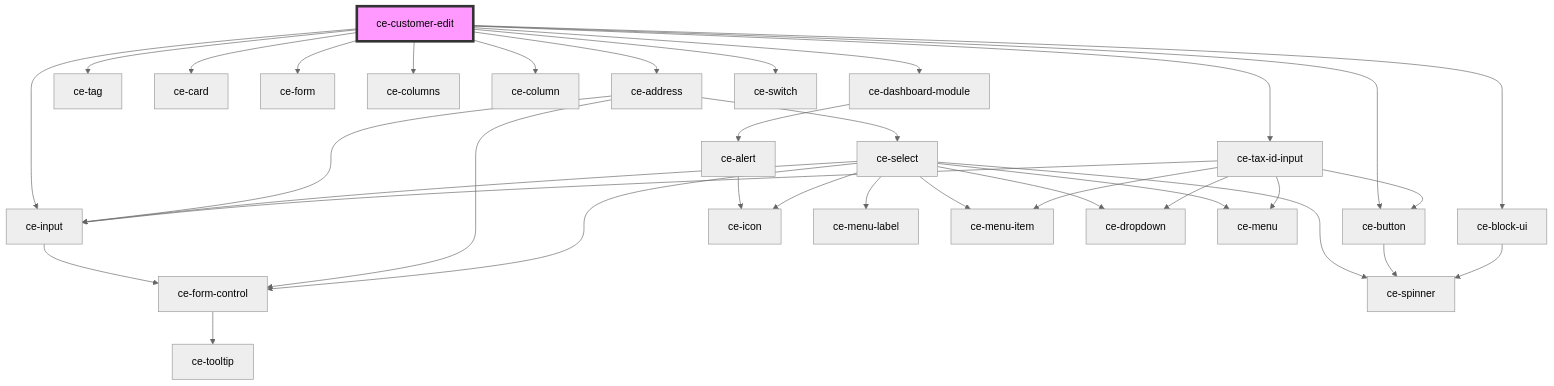
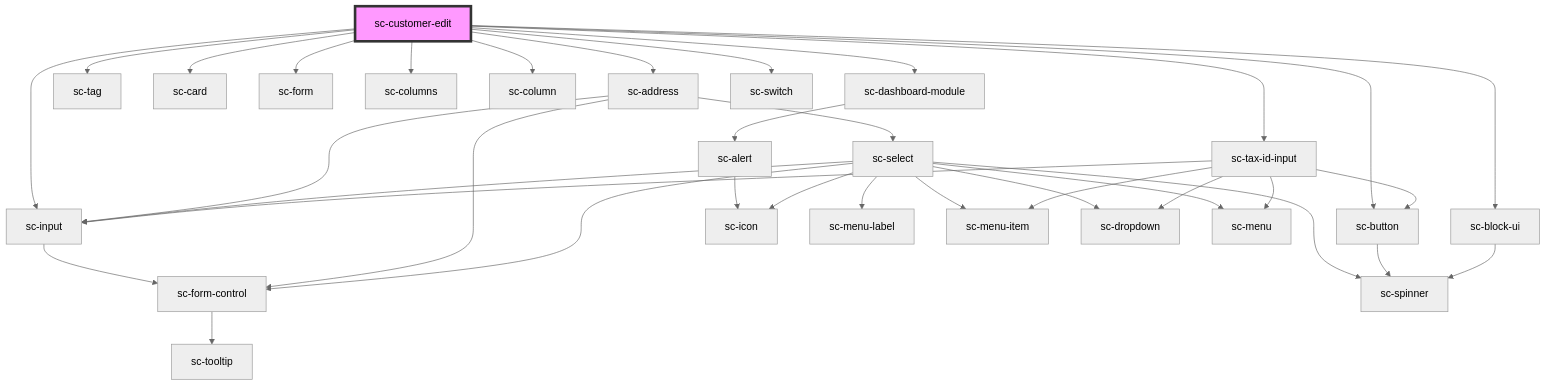
Before and after one commit to surecart/surecart-wp-plugin: the diagram in packages/components/src/components/controllers/dashboard/customer-edit/readme.md, drawn with Mermaid (neutral theme). The commit also changed other lines of this file and 1281 other files, not shown here.

````diff
--- a/packages/components/src/components/controllers/dashboard/customer-edit/readme.md
+++ b/packages/components/src/components/controllers/dashboard/customer-edit/readme.md
@@ -35,38 +35,38 @@
 ```mermaid
 graph TD;
-  ce-customer-edit --> ce-dashboard-module
-  ce-customer-edit --> ce-tag
-  ce-customer-edit --> ce-card
-  ce-customer-edit --> ce-form
-  ce-customer-edit --> ce-input
-  ce-customer-edit --> ce-columns
-  ce-customer-edit --> ce-column
-  ce-customer-edit --> ce-address
-  ce-customer-edit --> ce-switch
-  ce-customer-edit --> ce-tax-id-input
-  ce-customer-edit --> ce-button
-  ce-customer-edit --> ce-block-ui
-  ce-dashboard-module --> ce-alert
-  ce-alert --> ce-icon
-  ce-input --> ce-form-control
-  ce-form-control --> ce-tooltip
-  ce-address --> ce-form-control
-  ce-address --> ce-select
-  ce-address --> ce-input
-  ce-select --> ce-menu-label
-  ce-select --> ce-menu-item
-  ce-select --> ce-form-control
-  ce-select --> ce-dropdown
-  ce-select --> ce-icon
-  ce-select --> ce-input
-  ce-select --> ce-spinner
-  ce-select --> ce-menu
-  ce-tax-id-input --> ce-input
-  ce-tax-id-input --> ce-dropdown
-  ce-tax-id-input --> ce-button
-  ce-tax-id-input --> ce-menu
-  ce-tax-id-input --> ce-menu-item
-  ce-button --> ce-spinner
-  ce-block-ui --> ce-spinner
-  style ce-customer-edit fill:#f9f,stroke:#333,stroke-width:4px
+  sc-customer-edit --> sc-dashboard-module
+  sc-customer-edit --> sc-tag
+  sc-customer-edit --> sc-card
+  sc-customer-edit --> sc-form
+  sc-customer-edit --> sc-input
+  sc-customer-edit --> sc-columns
+  sc-customer-edit --> sc-column
+  sc-customer-edit --> sc-address
+  sc-customer-edit --> sc-switch
+  sc-customer-edit --> sc-tax-id-input
+  sc-customer-edit --> sc-button
+  sc-customer-edit --> sc-block-ui
+  sc-dashboard-module --> sc-alert
+  sc-alert --> sc-icon
+  sc-input --> sc-form-control
+  sc-form-control --> sc-tooltip
+  sc-address --> sc-form-control
+  sc-address --> sc-select
+  sc-address --> sc-input
+  sc-select --> sc-menu-label
+  sc-select --> sc-menu-item
+  sc-select --> sc-form-control
+  sc-select --> sc-dropdown
+  sc-select --> sc-icon
+  sc-select --> sc-input
+  sc-select --> sc-spinner
+  sc-select --> sc-menu
+  sc-tax-id-input --> sc-input
+  sc-tax-id-input --> sc-dropdown
+  sc-tax-id-input --> sc-button
+  sc-tax-id-input --> sc-menu
+  sc-tax-id-input --> sc-menu-item
+  sc-button --> sc-spinner
+  sc-block-ui --> sc-spinner
+  style sc-customer-edit fill:#f9f,stroke:#333,stroke-width:4px
 ```
````
